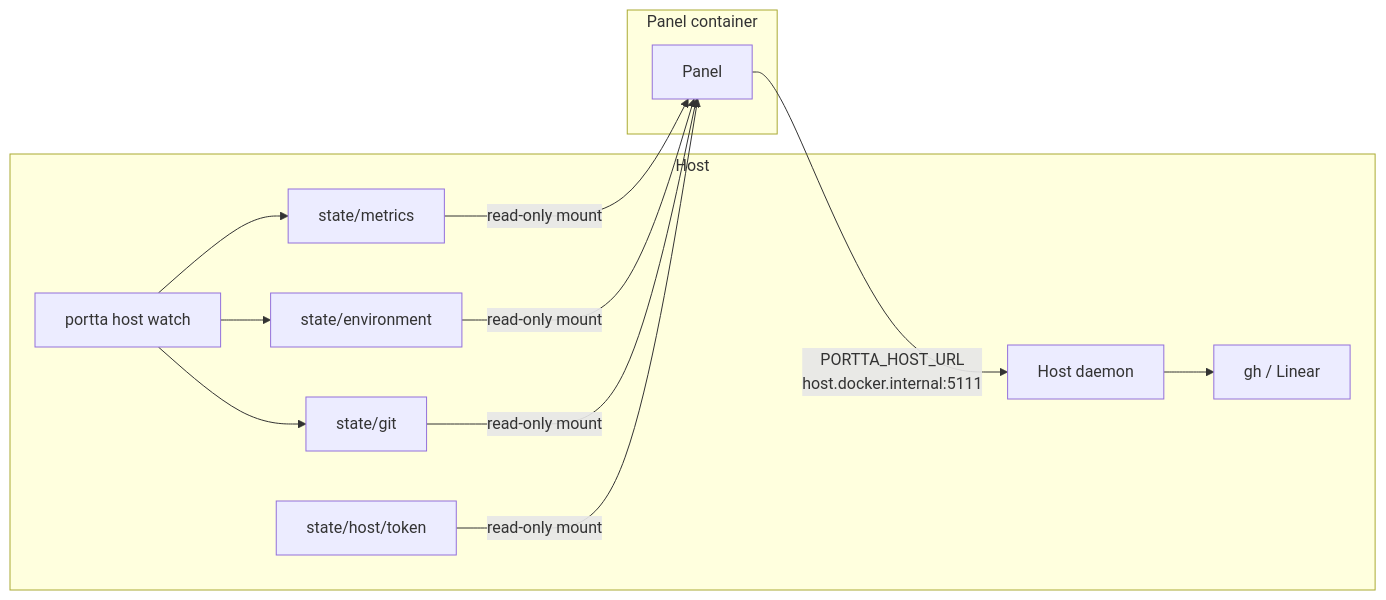
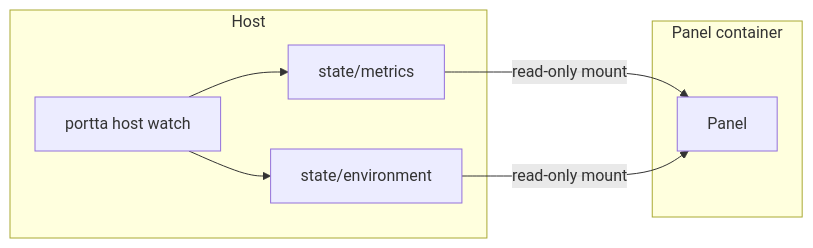
Before and after one commit to codions-labs/portta: the second of 3 diagrams in docs/product/concepts/architecture.md, drawn with Mermaid. The commit also changed other lines of this file and 50 other files, not shown here.

````diff
--- a/docs/product/concepts/architecture.md
+++ b/docs/product/concepts/architecture.md
@@ -113,18 +110,12 @@
 ```mermaid
 flowchart LR
     subgraph host [Host]
         W["portta host watch"] --> M["state/metrics"]
         W --> ENV["state/environment"]
-        W --> G["state/git"]
-        D["Host daemon"] --> GH["gh / Linear"]
-        TOK["state/host/token"]
     end
     subgraph panel [Panel container]
         P[Panel]
     end
     M -- "read-only mount" --> P
     ENV -- "read-only mount" --> P
-    G -- "read-only mount" --> P
-    TOK -- "read-only mount" --> P
-    P -- "PORTTA_HOST_URL<br/>host.docker.internal:5111" --> D
 ```
````
